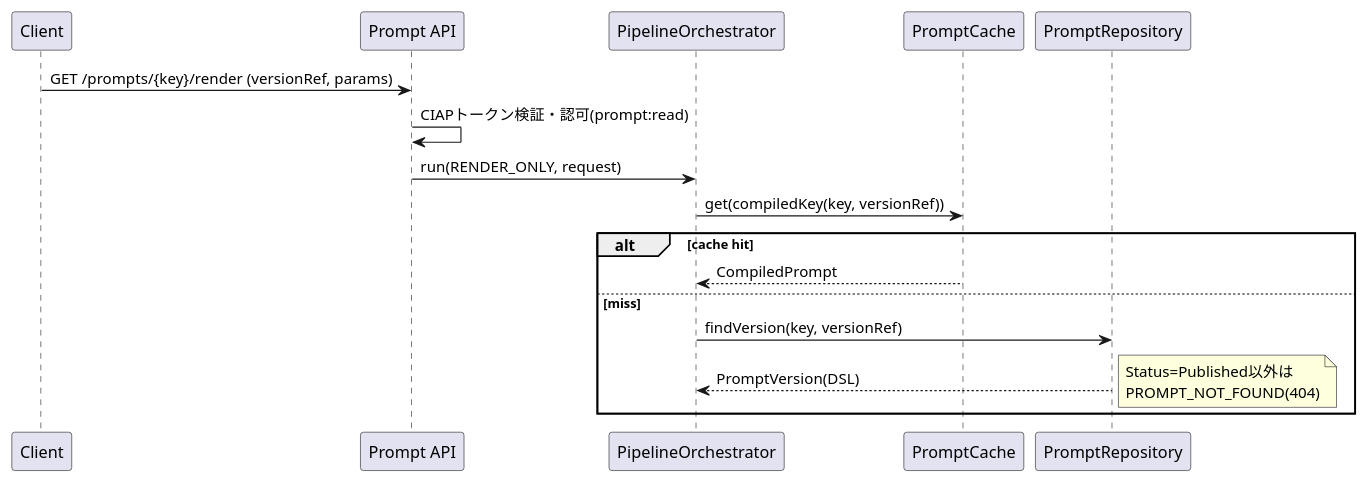
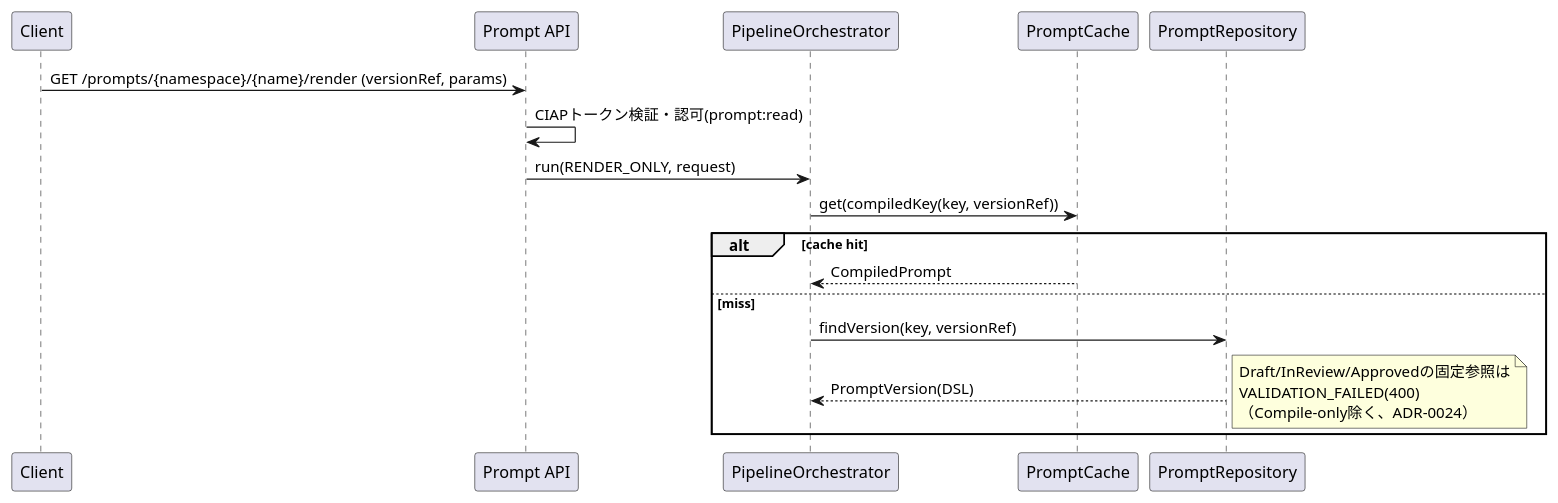
Before and after one commit to io0323/prompt-engine: the first of 17 diagrams in docs/PromptEngine_設計書.md, drawn with PlantUML. The commit also changed other lines of this file and 89 other files, not shown here.

````diff
--- a/docs/PromptEngine_設計書.md
+++ b/docs/PromptEngine_設計書.md
@@ -682,20 +685,20 @@
 ```plantuml
 @startuml
 participant Client
 participant "Prompt API" as API
 participant "PipelineOrchestrator" as PO
 participant "PromptCache" as Cache
 participant "PromptRepository" as Repo
-Client -> API : GET /prompts/{key}/render (versionRef, params)
+Client -> API : GET /prompts/{namespace}/{name}/render (versionRef, params)
 API -> API : CIAPトークン検証・認可(prompt:read)
 API -> PO : run(RENDER_ONLY, request)
 PO -> Cache : get(compiledKey(key, versionRef))
 alt cache hit
   Cache --> PO : CompiledPrompt
 else miss
   PO -> Repo : findVersion(key, versionRef)
   Repo --> PO : PromptVersion(DSL)
-  note right : Status=Published以外は\nPROMPT_NOT_FOUND(404)
+  note right : Draft/InReview/Approvedの固定参照は\nVALIDATION_FAILED(400)\n（Compile-only除く、ADR-0024）
 end
 @enduml
 ```
````
